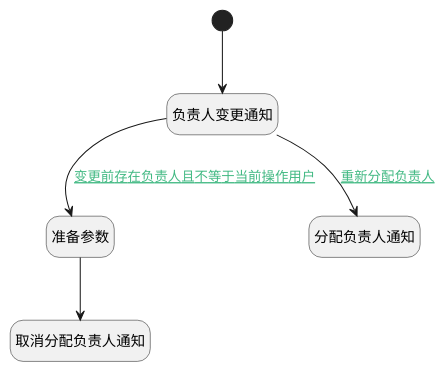
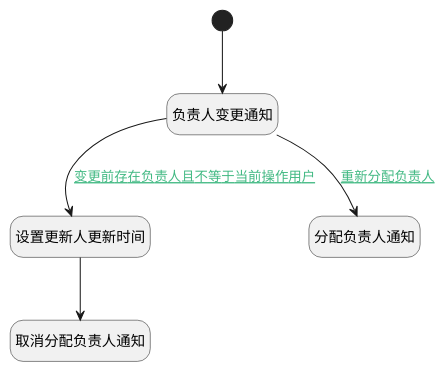
One commit to iBizLab/plm changed the diagram in doc/docsify/module/ProdMgmt/ticket/logic/assignee_onchange.md. Above: the diagram before and after it, drawn with PlantUML. The commit also changed other lines of this file and 1778 other files, not shown here.

````diff
--- a/doc/docsify/module/ProdMgmt/ticket/logic/assignee_onchange.md
+++ b/doc/docsify/module/ProdMgmt/ticket/logic/assignee_onchange.md
@@ -7,25 +7,25 @@
 ```plantuml
 @startuml
 hide empty description
 <style>
 root {
   HyperlinkColor #42b983
 }
 </style>
 
 hide empty description
 state "开始" as Begin <<start>> [[$./assignee_onchange#begin {"开始"}]]
 state "负责人变更通知" as DENOTIFY2  [[$./assignee_onchange#denotify2 {"负责人变更通知"}]]
-state "准备参数" as PREPAREPARAM1  [[$./assignee_onchange#prepareparam1 {"准备参数"}]]
+state "设置更新人更新时间" as PREPAREPARAM1  [[$./assignee_onchange#prepareparam1 {"设置更新人更新时间"}]]
 state "分配负责人通知" as DENOTIFY1  [[$./assignee_onchange#denotify1 {"分配负责人通知"}]]
 state "取消分配负责人通知" as DENOTIFY3  [[$./assignee_onchange#denotify3 {"取消分配负责人通知"}]]
 
 
 Begin --> DENOTIFY2
 DENOTIFY2 --> DENOTIFY1 : [[$./assignee_onchange#denotify2-denotify1{重新分配负责人} 重新分配负责人]]
 DENOTIFY2 --> PREPAREPARAM1 : [[$./assignee_onchange#denotify2-prepareparam1{变更前存在负责人且不等于当前操作用户} 变更前存在负责人且不等于当前操作用户]]
 PREPAREPARAM1 --> DENOTIFY3
 
 
 @enduml
 ```
````
